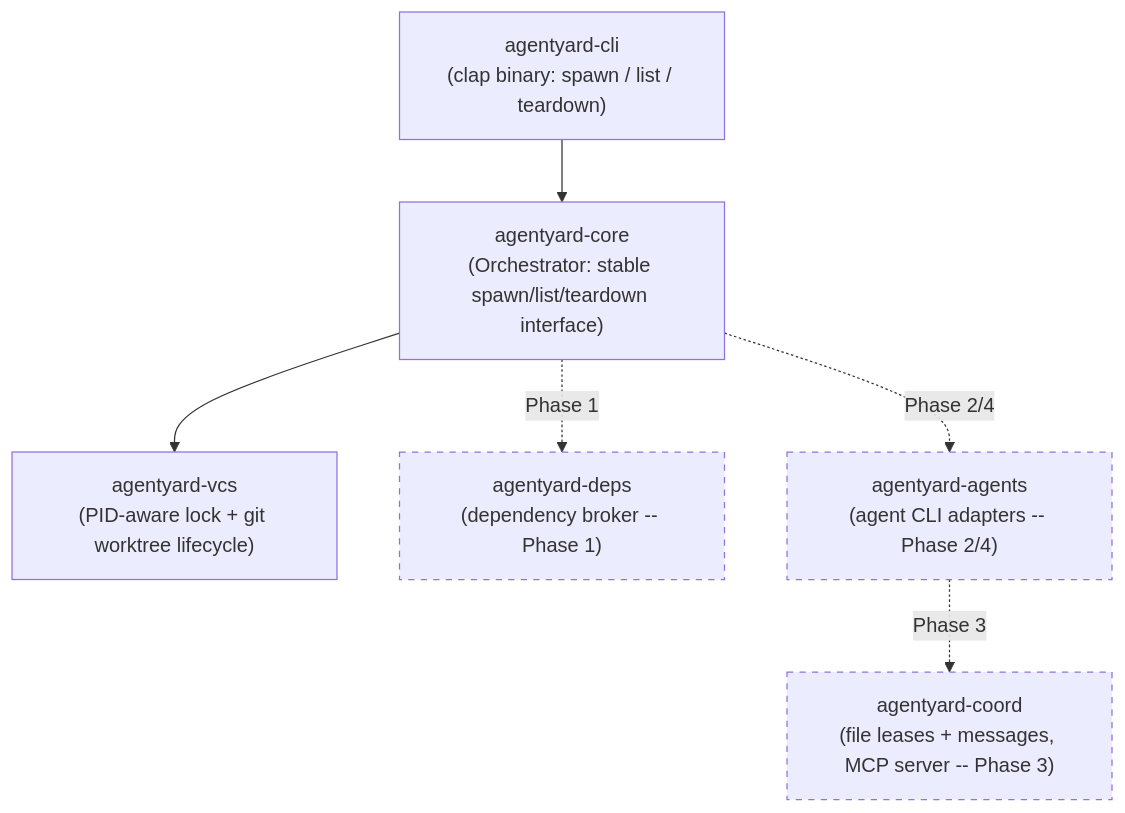
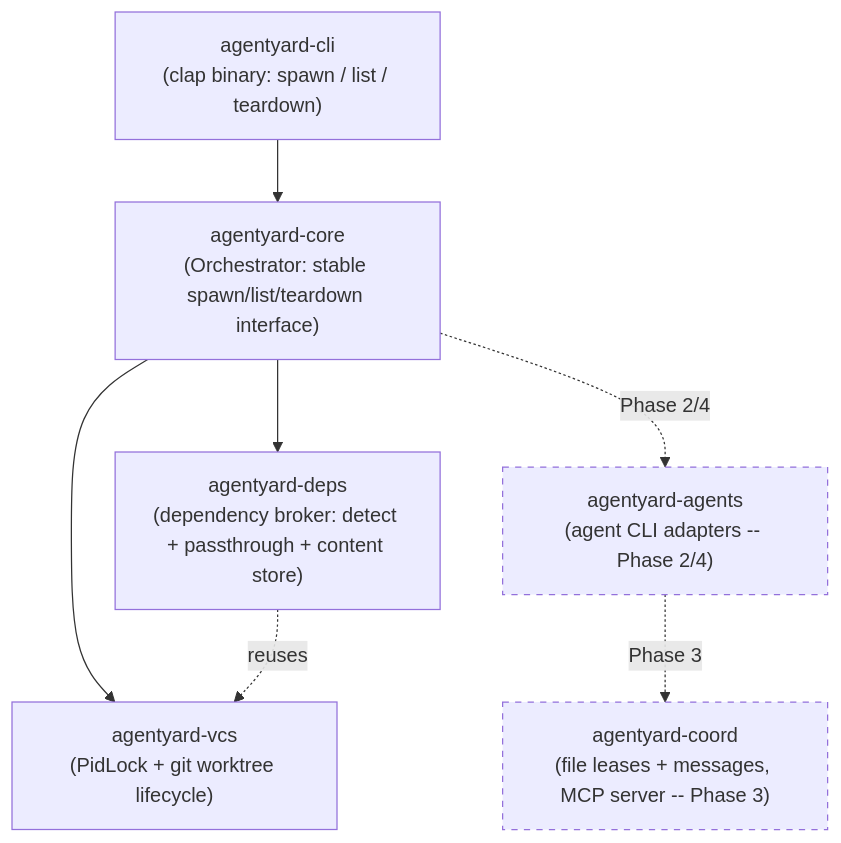
One commit to zekariasasaminew/pact changed the first of 2 diagrams in README.md. Above: the diagram before and after it, drawn with Mermaid. The commit also changed other lines of this file, not shown here.

First line of the commit message:
Document Phase 1: dependency broker

````diff
--- a/README.md
+++ b/README.md
@@ -103,19 +129,19 @@
 ```mermaid
 graph TD
     CLI["agentyard-cli<br/>(clap binary: spawn / list / teardown)"]
     Core["agentyard-core<br/>(Orchestrator: stable spawn/list/teardown interface)"]
-    VCS["agentyard-vcs<br/>(PID-aware lock + git worktree lifecycle)"]
-    Deps["agentyard-deps<br/>(dependency broker -- Phase 1)"]
+    VCS["agentyard-vcs<br/>(PidLock + git worktree lifecycle)"]
+    Deps["agentyard-deps<br/>(dependency broker: detect + passthrough + content store)"]
     Agents["agentyard-agents<br/>(agent CLI adapters -- Phase 2/4)"]
     Coord["agentyard-coord<br/>(file leases + messages, MCP server -- Phase 3)"]
 
     CLI --> Core
     Core --> VCS
-    Core -.Phase 1.-> Deps
+    Core --> Deps
+    Deps -.reuses.-> VCS
     Core -.Phase 2/4.-> Agents
     Agents -.Phase 3.-> Coord
 
-    style Deps stroke-dasharray: 5 5
     style Agents stroke-dasharray: 5 5
     style Coord stroke-dasharray: 5 5
 ```
````
